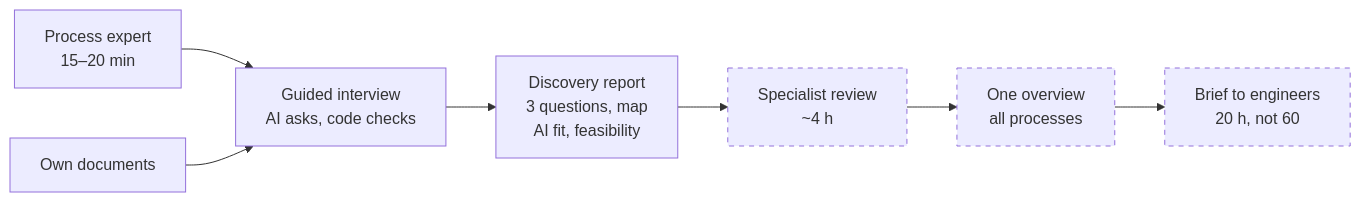
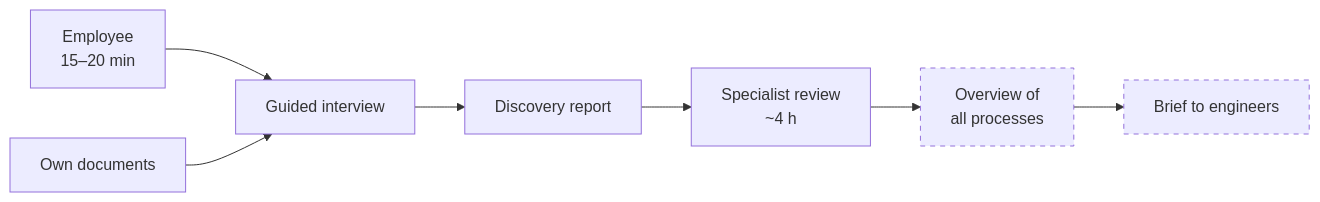
Before and after one commit to L-Neur0/northstar-agentic-ops: the diagram in docs/04-executive-summary/executive-summary.md, drawn with Mermaid. The commit also changed other lines of this file and 7 other files, not shown here.

````diff
--- a/docs/04-executive-summary/executive-summary.md
+++ b/docs/04-executive-summary/executive-summary.md
@@ -24,11 +26,11 @@
 ```mermaid
 flowchart LR
-  E["Process expert<br/>15–20 min"] --> I["Guided interview<br/>AI asks, code checks"]
+  E["Employee<br/>15–20 min"] --> I["Guided interview"]
   D["Own documents"] --> I
-  I --> R["Discovery report<br/>3 questions, map<br/>AI fit, feasibility"]
+  I --> R["Discovery report"]
   R --> S["Specialist review<br/>~4 h"]
-  S --> O["One overview<br/>all processes"]
-  O --> B["Brief to engineers<br/>20 h, not 60"]
+  S --> O["Overview of<br/>all processes"]
+  O --> B["Brief to engineers"]
   classDef next stroke-dasharray:5 5
-  class S,O,B next
+  class O,B next
 ```
````
